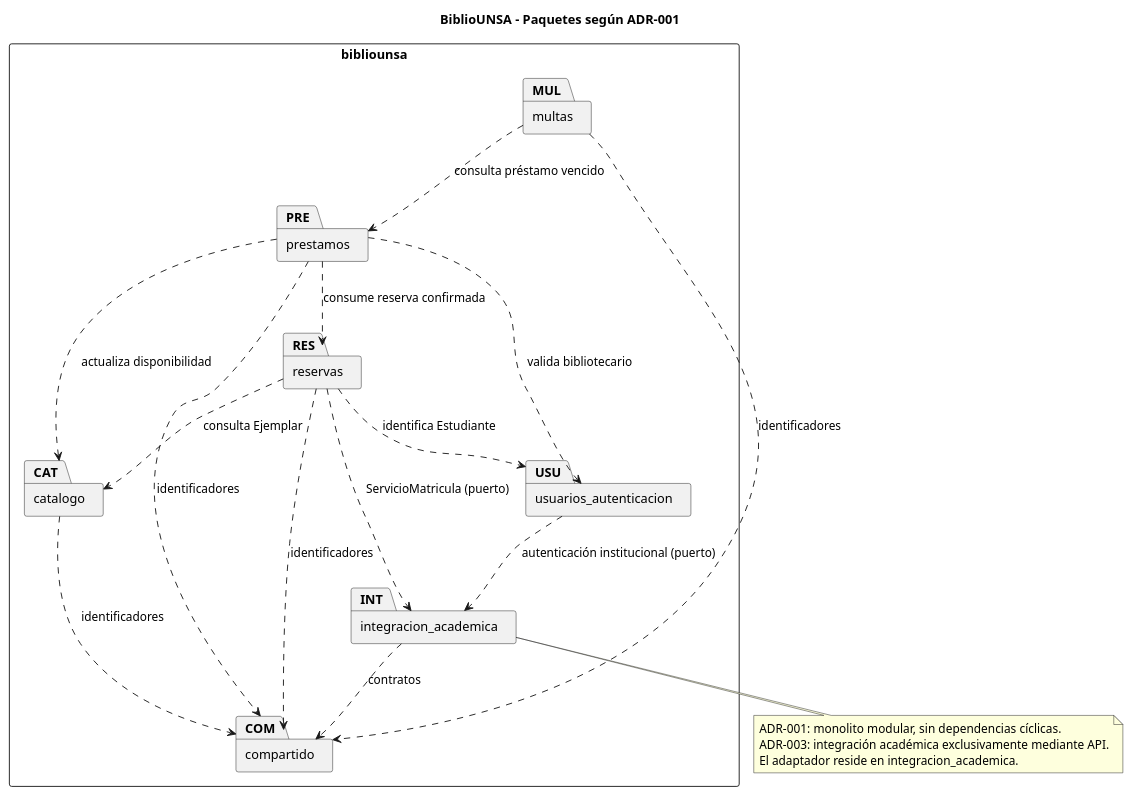
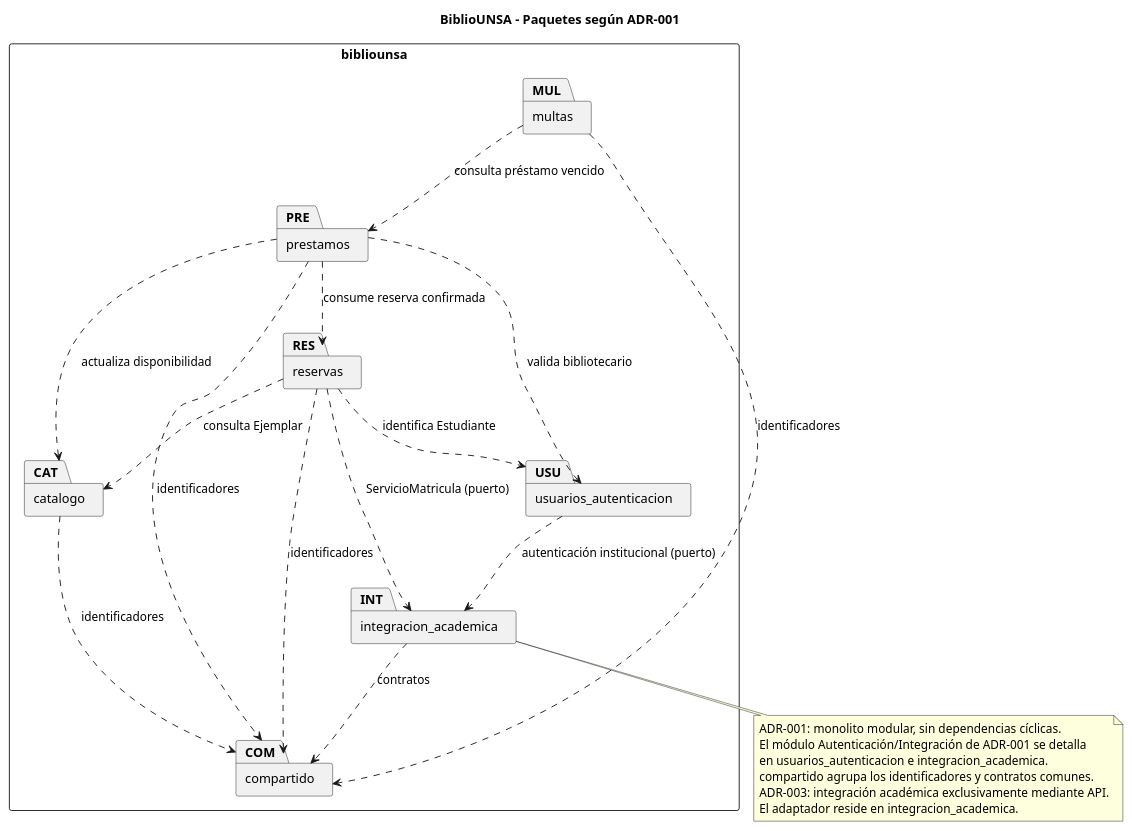
The diagram in docs/design/paquetes.puml (LeonHatches/cs-2026b-lab04-grupoB), drawn with PlantUML before and after one commit.

Commit message:
lab05-E5: aclarar correspondencia de paquetes con ADR-001

```diff
--- a/docs/design/paquetes.puml
+++ b/docs/design/paquetes.puml
@@ -1,31 +1,34 @@
 @startuml
 skinparam packageStyle rectangle
 title BiblioUNSA - Paquetes según ADR-001
 package "bibliounsa" {
  package "usuarios_autenticacion" as USU
  package "catalogo" as CAT
  package "reservas" as RES
  package "prestamos" as PRE
  package "multas" as MUL
  package "integracion_academica" as INT
  package "compartido" as COM
 }
 RES ..> CAT : consulta Ejemplar
 RES ..> INT : ServicioMatricula (puerto)
 RES ..> USU : identifica Estudiante
 PRE ..> RES : consume reserva confirmada
 PRE ..> CAT : actualiza disponibilidad
 PRE ..> USU : valida bibliotecario
 MUL ..> PRE : consulta préstamo vencido
 USU ..> INT : autenticación institucional (puerto)
 CAT ..> COM : identificadores
 RES ..> COM : identificadores
 PRE ..> COM : identificadores
 MUL ..> COM : identificadores
 INT ..> COM : contratos
 note bottom of INT
  ADR-001: monolito modular, sin dependencias cíclicas.
+ El módulo Autenticación/Integración de ADR-001 se detalla
+ en usuarios_autenticacion e integracion_academica.
+ compartido agrupa los identificadores y contratos comunes.
  ADR-003: integración académica exclusivamente mediante API.
  El adaptador reside en integracion_academica.
 end note
 @enduml
```
